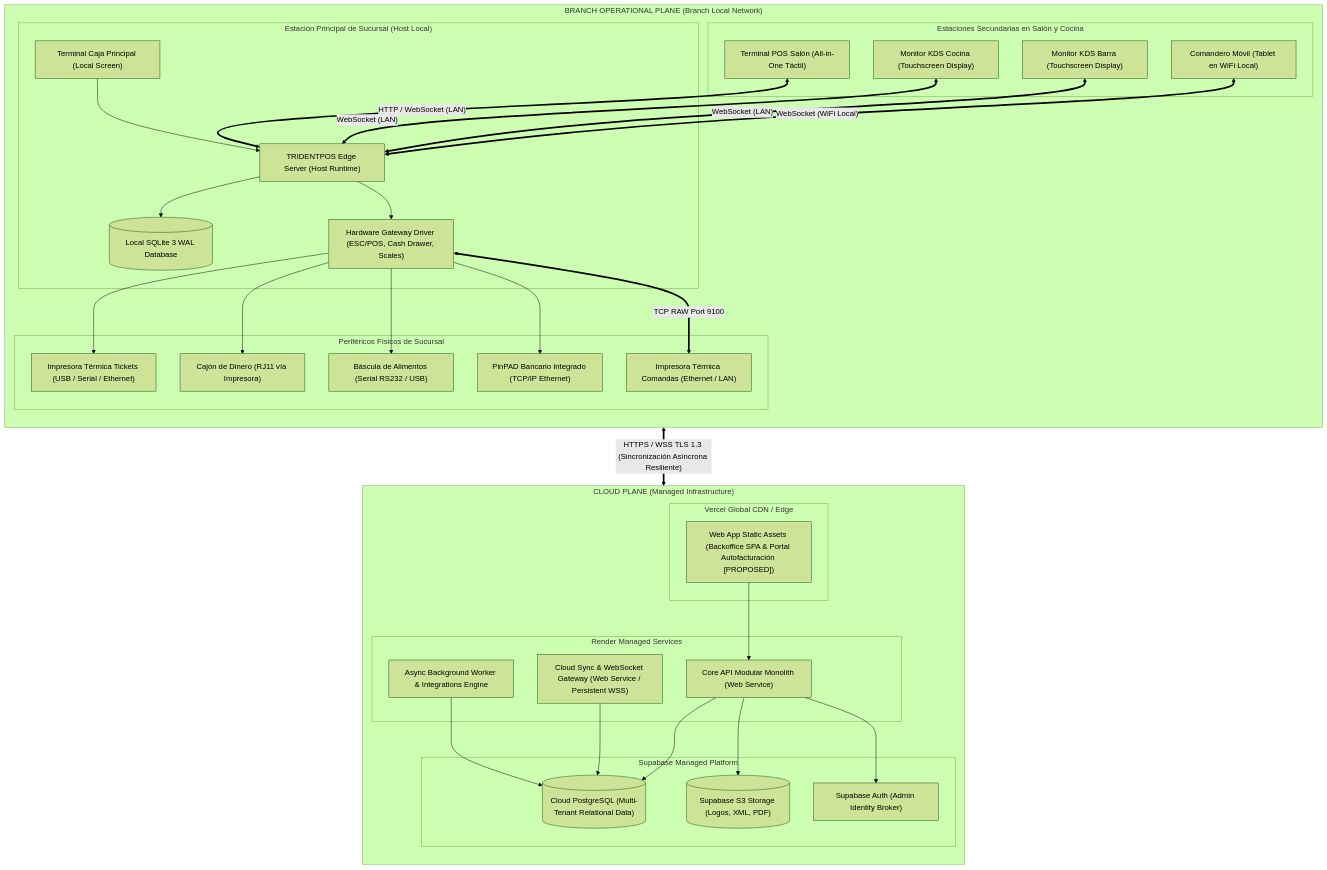
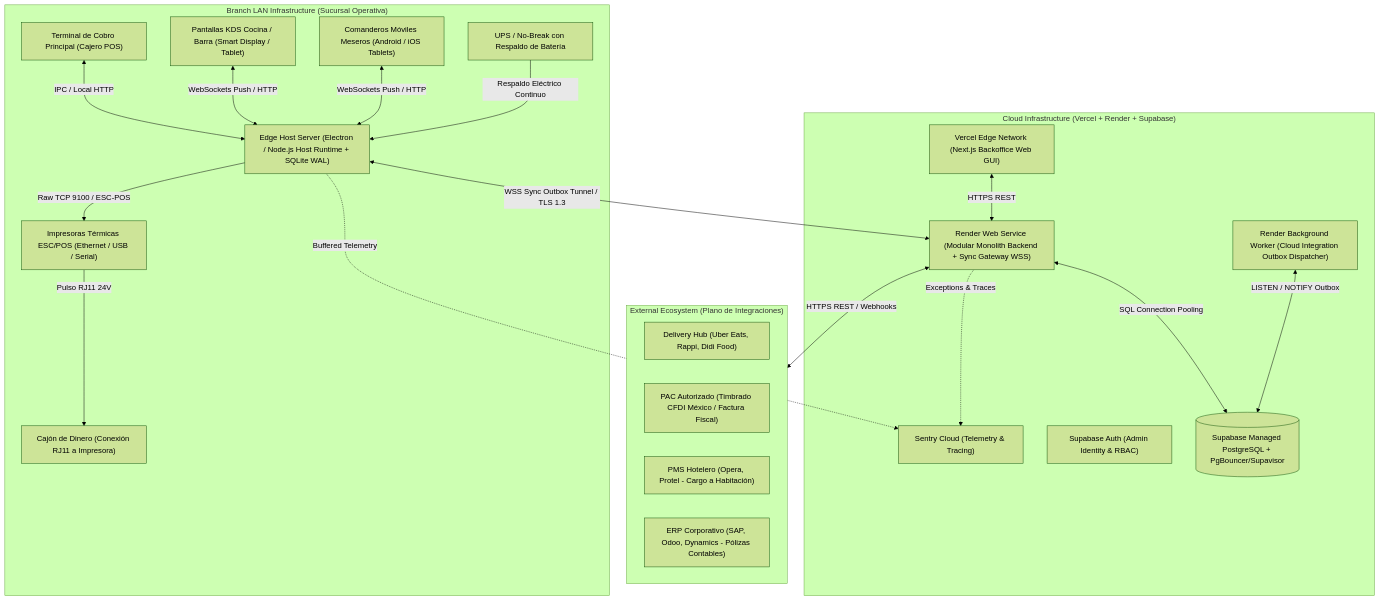
One commit to Lucas030509/TRIDENTPOS changed the diagram in DEPLOYMENT_TOPOLOGY.md. Above: the diagram before and after it, drawn with Mermaid (forest theme). The commit also changed other lines of this file and 23 other files, not shown here.

Commit message:
fix(architecture): remediate solution architecture gate findings

````diff
--- a/DEPLOYMENT_TOPOLOGY.md
+++ b/DEPLOYMENT_TOPOLOGY.md
@@ -14,69 +14,45 @@
 ```mermaid
-graph TB
-    subgraph Cloud_Infrastructure["CLOUD PLANE (Managed Infrastructure)"]
-        direction TB
-        subgraph Vercel_Edge["Vercel Global CDN / Edge"]
-            CDN["Web App Static Assets (Backoffice SPA & Portal Autofacturación [PROPOSED])"]
-        end
-
-        subgraph Render_Cluster["Render Managed Services"]
-            API_SVC["Core API Modular Monolith (Web Service)"]
-            SYNC_SVC["Cloud Sync & WebSocket Gateway (Web Service / Persistent WSS)"]
-            WORKER_SVC["Async Background Worker & Integrations Engine"]
-        end
-
-        subgraph Supabase_Cloud["Supabase Managed Platform"]
-            PG_CLOUD[("Cloud PostgreSQL (Multi-Tenant Relational Data)")]
-            STORAGE_CLOUD[("Supabase S3 Storage (Logos, XML, PDF)")]
-            AUTH_CLOUD["Supabase Auth (Admin Identity Broker)"]
-        end
-
-        CDN --> API_SVC
-        API_SVC --> PG_CLOUD
-        SYNC_SVC --> PG_CLOUD
-        WORKER_SVC --> PG_CLOUD
-        API_SVC --> STORAGE_CLOUD
-        API_SVC --> AUTH_CLOUD
+graph TD
+    subgraph Cloud_Infrastructure["Cloud Infrastructure (Vercel + Render + Supabase)"]
+        VercelCDN["Vercel Edge Network (Next.js Backoffice Web GUI)"]
+        RenderBackend["Render Web Service (Modular Monolith Backend + Sync Gateway WSS)"]
+        RenderWorker["Render Background Worker (Cloud Integration Outbox Dispatcher)"]
+        SupabaseDB[(Supabase Managed PostgreSQL + PgBouncer/Supavisor)]
+        SupabaseAuth["Supabase Auth (Admin Identity & RBAC)"]
+        SentryCloud["Sentry Cloud (Telemetry & Tracing)"]
     end
 
-    subgraph Branch_LAN["BRANCH OPERATIONAL PLANE (Branch Local Network)"]
-        direction TB
-        subgraph Edge_Station["Estación Principal de Sucursal (Host Local)"]
-            LOCAL_RUNTIME["TRIDENTPOS Edge Server (Host Runtime)"]
-            LOCAL_DB[("Local SQLite 3 WAL Database")]
-            HW_DAEMON["Hardware Gateway Driver (ESC/POS, Cash Drawer, Scales)"]
-            CASH_UI["Terminal Caja Principal (Local Screen)"]
-        end
-
-        subgraph Floor_Stations["Estaciones Secundarias en Salón y Cocina"]
-            POS_FLOOR["Terminal POS Salón (All-in-One Táctil)"]
-            KDS_KITCHEN["Monitor KDS Cocina (Touchscreen Display)"]
-            KDS_BAR["Monitor KDS Barra (Touchscreen Display)"]
-            TABLET_WAITER["Comandero Móvil (Tablet en WiFi Local)"]
-        end
-
-        subgraph Hardware_Peripherals["Periféricos Físicos de Sucursal"]
-            PRINT_CASH["Impresora Térmica Tickets (USB / Serial / Ethernet)"]
-            PRINT_KITCHEN["Impresora Térmica Comandas (Ethernet / LAN)"]
-            CASH_DRAWER["Cajón de Dinero (RJ11 vía Impresora)"]
-            SCALE["Báscula de Alimentos (Serial RS232 / USB)"]
-            PINPAD["PinPAD Bancario Integrado (TCP/IP Ethernet)"]
-        end
-
-        LOCAL_RUNTIME --> LOCAL_DB
-        LOCAL_RUNTIME --> HW_DAEMON
-        CASH_UI --> LOCAL_RUNTIME
-        HW_DAEMON --> PRINT_CASH
-        HW_DAEMON --> CASH_DRAWER
-        HW_DAEMON --> SCALE
-        HW_DAEMON --> PINPAD
-
-        POS_FLOOR <== "HTTP / WebSocket (LAN)" ==> LOCAL_RUNTIME
-        KDS_KITCHEN <== "WebSocket (LAN)" ==> LOCAL_RUNTIME
-        KDS_BAR <== "WebSocket (LAN)" ==> LOCAL_RUNTIME
-        TABLET_WAITER <== "WebSocket (WiFi Local)" ==> LOCAL_RUNTIME
-        HW_DAEMON <== "TCP RAW Port 9100" ==> PRINT_KITCHEN
+    subgraph Branch_Infrastructure["Branch LAN Infrastructure (Sucursal Operativa)"]
+        EdgeServer["Edge Host Server (Electron / Node.js Host Runtime + SQLite WAL)"]
+        POSStation["Terminal de Cobro Principal (Cajero POS)"]
+        KDSDisplays["Pantallas KDS Cocina / Barra (Smart Display / Tablet)"]
+        MobileComanderos["Comanderos Móviles Meseros (Android / iOS Tablets)"]
+        ThermalPrinters["Impresoras Térmicas ESC/POS (Ethernet / USB / Serial)"]
+        CashDrawer["Cajón de Dinero (Conexión RJ11 a Impresora)"]
+        UPS["UPS / No-Break con Respaldo de Batería"]
     end
 
-    LOCAL_RUNTIME <== "HTTPS / WSS TLS 1.3 (Sincronización Asíncrona Resiliente)" ==> SYNC_SVC
+    subgraph External_Ecosystem["External Ecosystem (Plano de Integraciones)"]
+        DeliveryAggregators["Delivery Hub (Uber Eats, Rappi, Didi Food)"]
+        FiscalPAC["PAC Autorizado (Timbrado CFDI México / Factura Fiscal)"]
+        HotelPMS["PMS Hotelero (Opera, Protel - Cargo a Habitación)"]
+        CorporateERP["ERP Corporativo (SAP, Odoo, Dynamics - Pólizas Contables)"]
+    end
+
+    VercelCDN <-->|HTTPS REST| RenderBackend
+    RenderBackend <-->|SQL Connection Pooling| SupabaseDB
+    RenderWorker <-->|LISTEN / NOTIFY Outbox| SupabaseDB
+    RenderBackend -.->|Exceptions & Traces| SentryCloud
+
+    EdgeServer <-->|WSS Sync Outbox Tunnel / TLS 1.3| RenderBackend
+    EdgeServer -.->|Buffered Telemetry| SentryCloud
+
+    POSStation <-->|IPC / Local HTTP| EdgeServer
+    KDSDisplays <-->|WebSockets Push / HTTP| EdgeServer
+    MobileComanderos <-->|WebSockets Push / HTTP| EdgeServer
+    EdgeServer -->|Raw TCP 9100 / ESC-POS| ThermalPrinters
+    ThermalPrinters -->|Pulso RJ11 24V| CashDrawer
+    UPS -->|Respaldo Eléctrico Continuo| EdgeServer
+
+    RenderBackend <-->|HTTPS REST / Webhooks| External_Ecosystem
 ```
````
